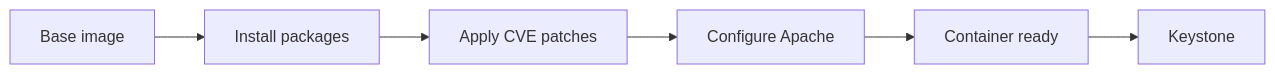
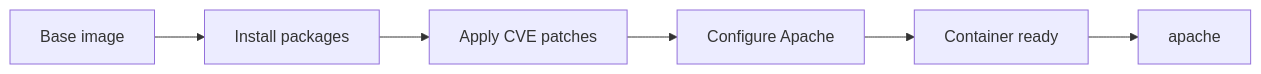
Before and after one commit to rackerlabs/genestack-images: the diagram in docs/containers/apache.md, drawn with Mermaid. The commit also changed other lines of this file and 113 other files, not shown here.

````diff
--- a/docs/containers/apache.md
+++ b/docs/containers/apache.md
@@ -7,8 +7,8 @@
 ``` mermaid
 graph LR
     A[Base image] --> B[Install packages]
     B --> C[Apply CVE patches]
     C --> D[Configure Apache]
     D --> E[Container ready]
-    E --> Keystone
+    E --> apache
 ```
````
